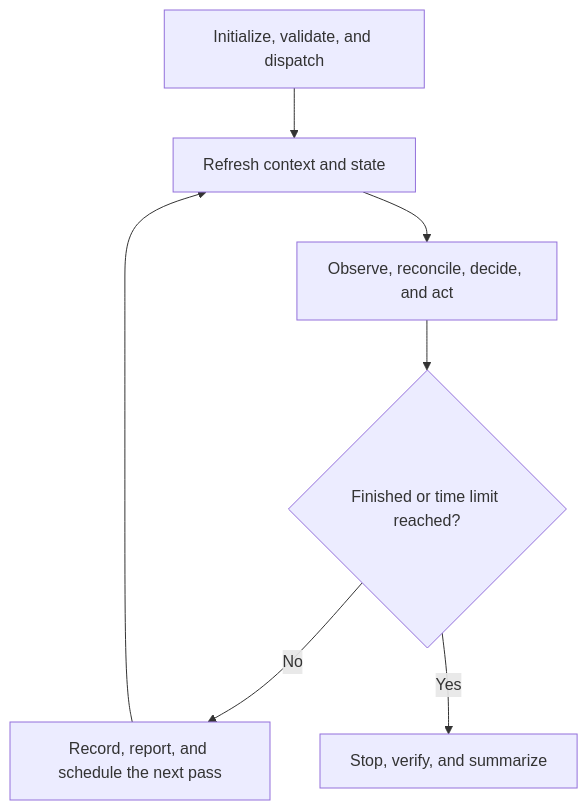
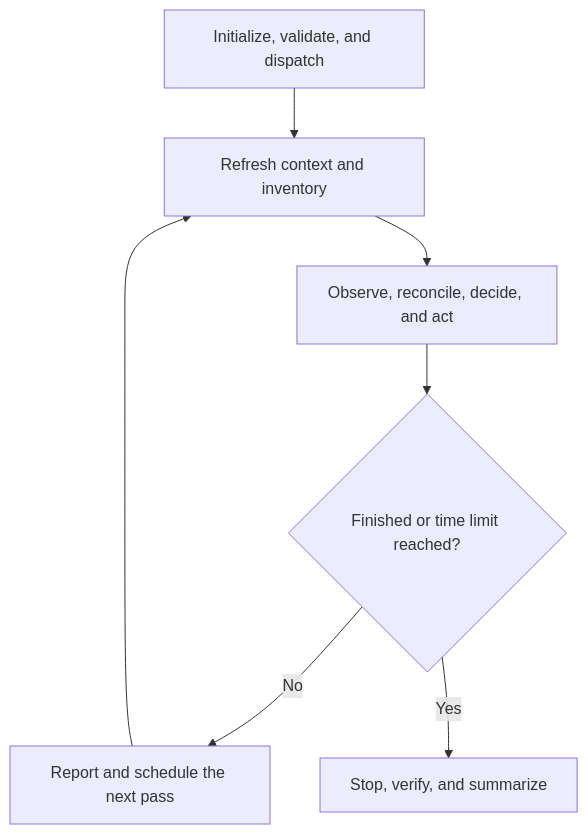
The diagram in .agents/skills/run-training-sweep/SKILL.md (Open-Athena/MarinFold), drawn with Mermaid before and after one commit. The commit also changed other lines of this file and 7 other files, not shown here.

````diff
--- a/.agents/skills/run-training-sweep/SKILL.md
+++ b/.agents/skills/run-training-sweep/SKILL.md
@@ -54,9 +54,9 @@
 ```mermaid
 flowchart TD
-    A["Initialize, validate, and dispatch"] --> B["Refresh context and state"]
+    A["Initialize, validate, and dispatch"] --> B["Refresh context and inventory"]
     B --> C["Observe, reconcile, decide, and act"]
     C --> D{"Finished or time limit reached?"}
-    D -- "No" --> E["Record, report, and schedule the next pass"]
+    D -- "No" --> E["Report and schedule the next pass"]
     E --> B
     D -- "Yes" --> F["Stop, verify, and summarize"]
 ```
````
